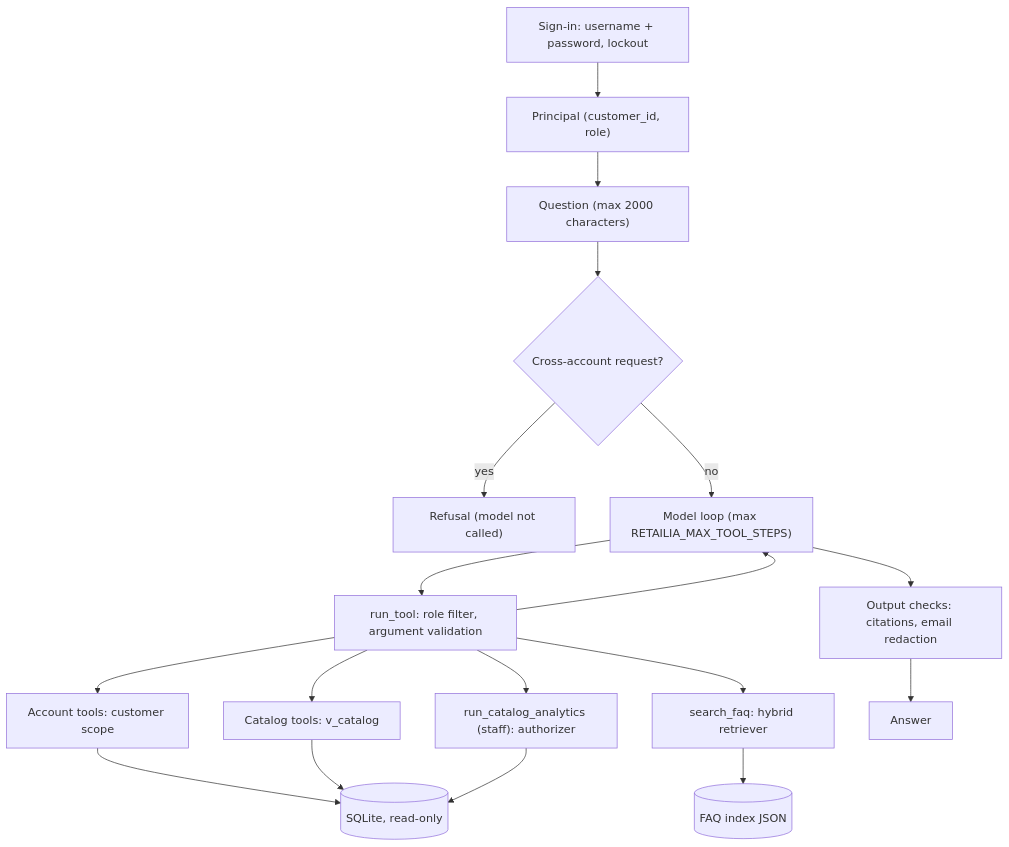
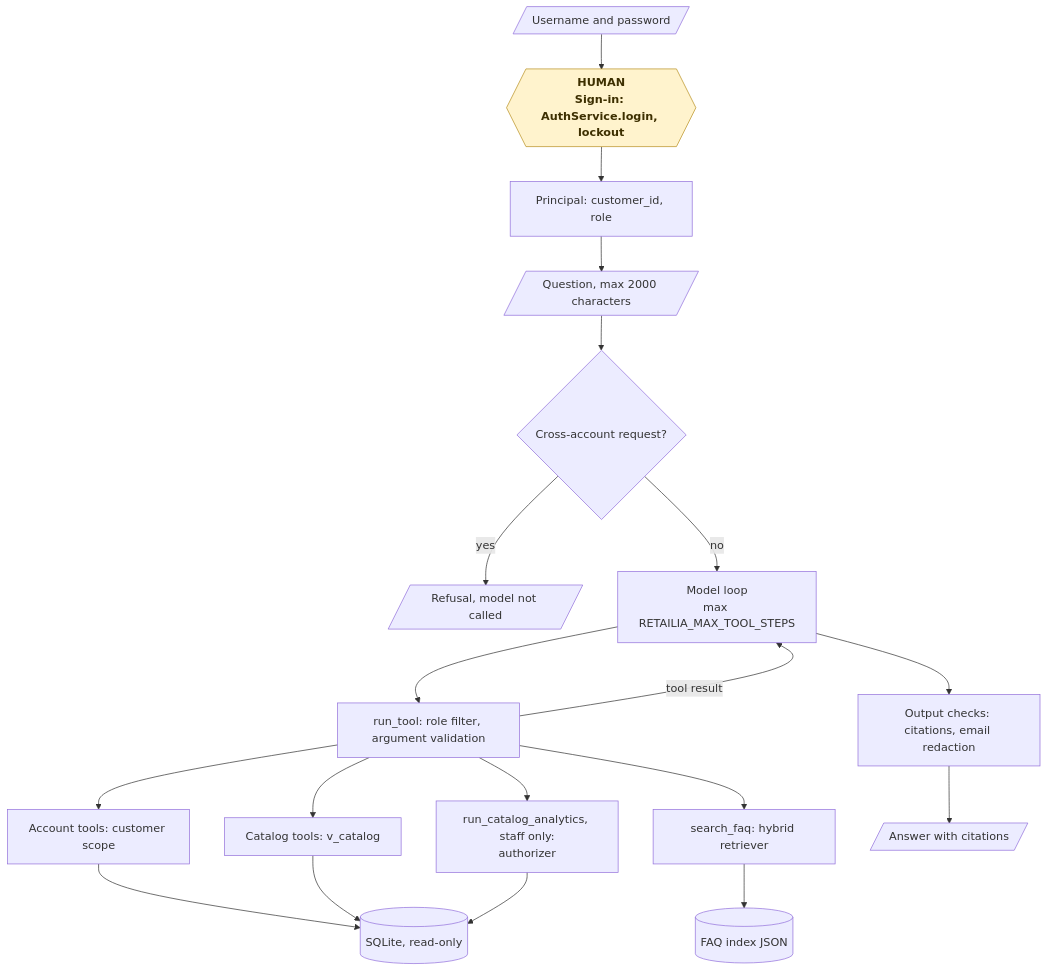
Before and after one commit to KrishnaAnnavaram/retailia: the fifth of 23 diagrams in README.md, drawn with Mermaid. The commit also changed other lines of this file, not shown here.

Commit message:
Add the workflow diagrams to the README

````diff
--- a/README.md
+++ b/README.md
@@ -219,20 +284,24 @@
 ```mermaid
-flowchart TB
-    S["Sign-in: username + password, lockout"] --> P["Principal (customer_id, role)"]
-    P --> Q["Question (max 2000 characters)"]
+flowchart TD
+    CRED[/"Username and password"/] --> S{{"HUMAN<br/>Sign-in: AuthService.login, lockout"}}
+    S --> P["Principal: customer_id, role"]
+    P --> Q[/"Question, max 2000 characters"/]
     Q --> X{"Cross-account request?"}
-    X -- "yes" --> R["Refusal (model not called)"]
-    X -- "no" --> L["Model loop (max RETAILIA_MAX_TOOL_STEPS)"]
+    X -- "yes" --> R[/"Refusal, model not called"/]
+    X -- "no" --> L["Model loop<br/>max RETAILIA_MAX_TOOL_STEPS"]
     L --> T["run_tool: role filter, argument validation"]
     T --> AT["Account tools: customer scope"]
     T --> CT["Catalog tools: v_catalog"]
     T --> FT["search_faq: hybrid retriever"]
-    T --> ST["run_catalog_analytics (staff): authorizer"]
+    T --> ST["run_catalog_analytics, staff only:<br/>authorizer"]
     AT --> DB[("SQLite, read-only")]
     CT --> DB
     ST --> DB
     FT --> IDX[("FAQ index JSON")]
-    T --> L
+    T -- "tool result" --> L
     L --> O["Output checks: citations, email redaction"]
-    O --> A["Answer"]
+    O --> A[/"Answer with citations"/]
+
+    classDef human fill:#fff3cd,stroke:#b8901f,color:#3d2f00,font-weight:bold
+    class S human
 ```
````
